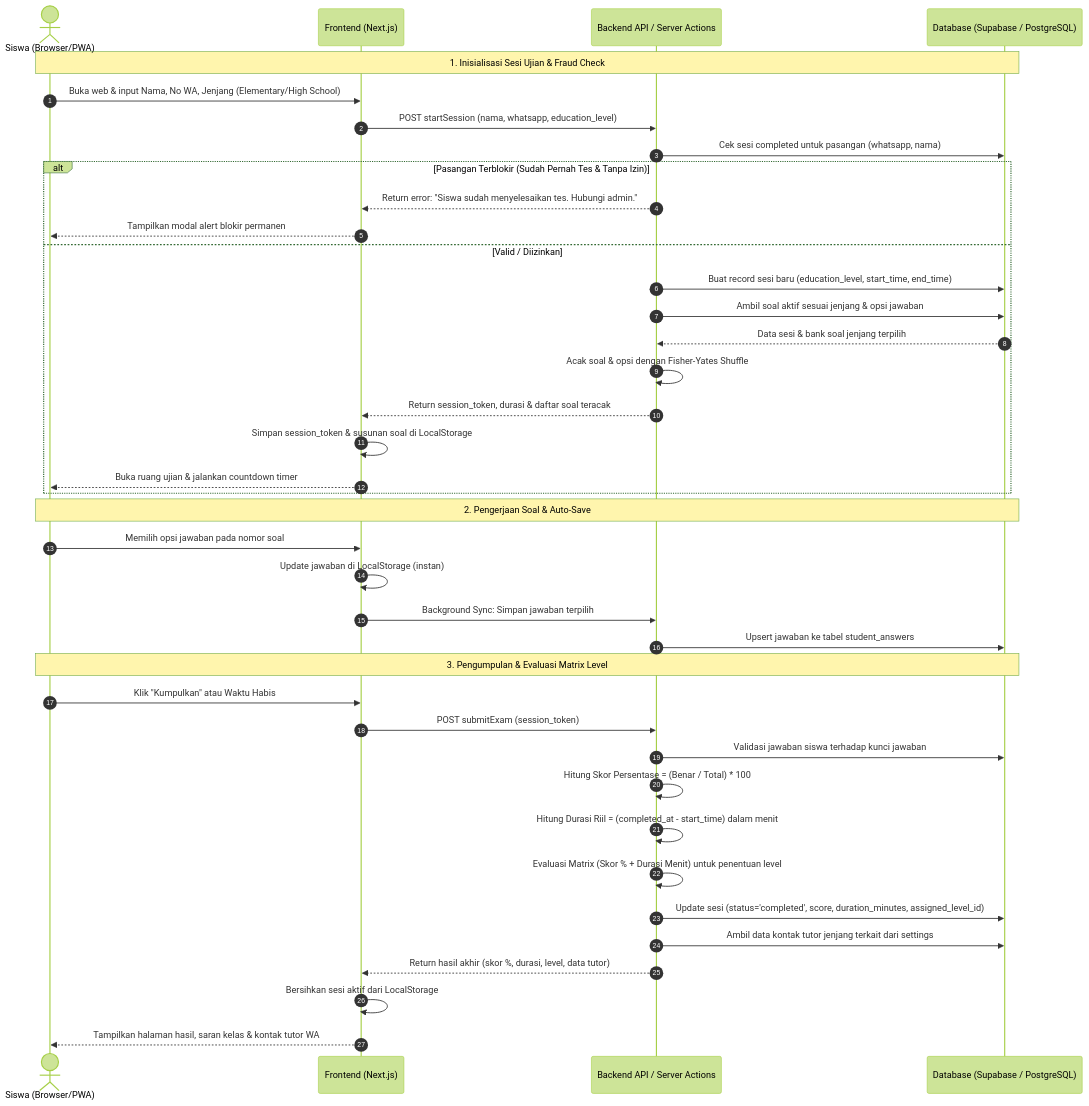
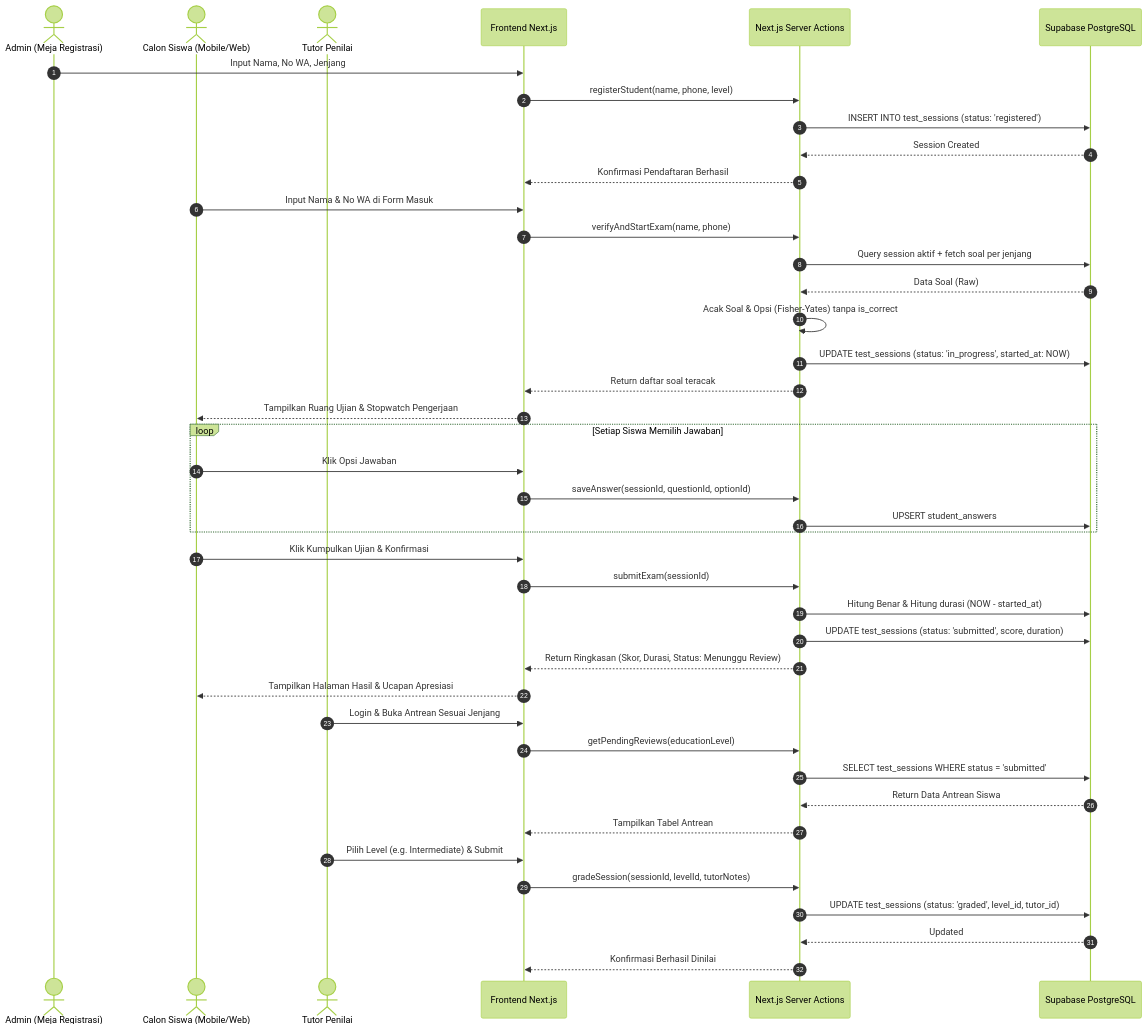
One commit to septianof/up-speaking changed the first of 2 diagrams in PRD.md. Above: the diagram before and after it, drawn with Mermaid (forest theme). The commit also changed other lines of this file and 3 other files, not shown here.

Commit message:
docs: perbarui prd, ui flow, task breakdown, dan agents sesuai arsitektur baru

````diff
--- a/PRD.md
+++ b/PRD.md
@@ -126,44 +152,53 @@
 ```mermaid
 sequenceDiagram
     autonumber
-    actor Siswa as Siswa (Browser/PWA)
-    participant FE as Frontend (Next.js)
-    participant BE as Backend API / Server Actions
-    participant DB as Database (Supabase / PostgreSQL)
+    actor Admin as Admin (Meja Registrasi)
+    actor Siswa as Calon Siswa (Mobile/Web)
+    actor Tutor as Tutor Penilai
+    participant Web as Frontend Next.js
+    participant Server as Next.js Server Actions
+    participant DB as Supabase PostgreSQL
 
-    Note over Siswa,DB: 1. Inisialisasi Sesi Ujian & Fraud Check
-    Siswa->>FE: Buka web & input Nama, No WA, Jenjang (Elementary/High School)
-    FE->>BE: POST startSession (nama, whatsapp, education_level)
-    BE->>DB: Cek sesi completed untuk pasangan (whatsapp, nama)
-    alt Pasangan Terblokir (Sudah Pernah Tes & Tanpa Izin)
-        BE-->>FE: Return error: "Siswa sudah menyelesaikan tes. Hubungi admin."
-        FE-->>Siswa: Tampilkan modal alert blokir permanen
-    else Valid / Diizinkan
-        BE->>DB: Buat record sesi baru (education_level, start_time, end_time)
-        BE->>DB: Ambil soal aktif sesuai jenjang & opsi jawaban
-        DB-->>BE: Data sesi & bank soal jenjang terpilih
-        BE->>BE: Acak soal & opsi dengan Fisher-Yates Shuffle
-        BE-->>FE: Return session_token, durasi & daftar soal teracak
-        FE->>FE: Simpan session_token & susunan soal di LocalStorage
-        FE-->>Siswa: Buka ruang ujian & jalankan countdown timer
+    %% 1. Registrasi
+    Admin->>Web: Input Nama, No WA, Jenjang
+    Web->>Server: registerStudent(name, phone, level)
+    Server->>DB: INSERT INTO test_sessions (status: 'registered')
+    DB-->>Server: Session Created
+    Server-->>Web: Konfirmasi Pendaftaran Berhasil
+
+    %% 2. Ujian Siswa
+    Siswa->>Web: Input Nama & No WA di Form Masuk
+    Web->>Server: verifyAndStartExam(name, phone)
+    Server->>DB: Query session aktif + fetch soal per jenjang
+    DB-->>Server: Data Soal (Raw)
+    Server->>Server: Acak Soal & Opsi (Fisher-Yates) tanpa is_correct
+    Server->>DB: UPDATE test_sessions (status: 'in_progress', started_at: NOW)
+    Server-->>Web: Return daftar soal teracak
+    Web-->>Siswa: Tampilkan Ruang Ujian & Stopwatch Pengerjaan
+
+    loop Setiap Siswa Memilih Jawaban
+        Siswa->>Web: Klik Opsi Jawaban
+        Web->>Server: saveAnswer(sessionId, questionId, optionId)
+        Server->>DB: UPSERT student_answers
     end
 
-    Note over Siswa,DB: 2. Pengerjaan Soal & Auto-Save
-    Siswa->>FE: Memilih opsi jawaban pada nomor soal
-    FE->>FE: Update jawaban di LocalStorage (instan)
-    FE->>BE: Background Sync: Simpan jawaban terpilih
-    BE->>DB: Upsert jawaban ke tabel student_answers
+    %% 3. Pengumpulan
+    Siswa->>Web: Klik Kumpulkan Ujian & Konfirmasi
+    Web->>Server: submitExam(sessionId)
+    Server->>DB: Hitung Benar & Hitung durasi (NOW - started_at)
+    Server->>DB: UPDATE test_sessions (status: 'submitted', score, duration)
+    Server-->>Web: Return Ringkasan (Skor, Durasi, Status: Menunggu Review)
+    Web-->>Siswa: Tampilkan Halaman Hasil & Ucapan Apresiasi
 
-    Note over Siswa,DB: 3. Pengumpulan & Evaluasi Matrix Level
-    Siswa->>FE: Klik "Kumpulkan" atau Waktu Habis
-    FE->>BE: POST submitExam (session_token)
-    BE->>DB: Validasi jawaban siswa terhadap kunci jawaban
-    BE->>BE: Hitung Skor Persentase = (Benar / Total) * 100
-    BE->>BE: Hitung Durasi Riil = (completed_at - start_time) dalam menit
-    BE->>BE: Evaluasi Matrix (Skor % + Durasi Menit) untuk penentuan level
-    BE->>DB: Update sesi (status='completed', score, duration_minutes, assigned_level_id)
-    BE->>DB: Ambil data kontak tutor jenjang terkait dari settings
-    BE-->>FE: Return hasil akhir (skor %, durasi, level, data tutor)
-    FE->>FE: Bersihkan sesi aktif dari LocalStorage
-    FE-->>Siswa: Tampilkan halaman hasil, saran kelas & kontak tutor WA
+    %% 4. Evaluasi Tutor
+    Tutor->>Web: Login & Buka Antrean Sesuai Jenjang
+    Web->>Server: getPendingReviews(educationLevel)
+    Server->>DB: SELECT test_sessions WHERE status = 'submitted'
+    DB-->>Server: Return Data Antrean Siswa
+    Server-->>Web: Tampilkan Tabel Antrean
+    Tutor->>Web: Pilih Level (e.g. Intermediate) & Submit
+    Web->>Server: gradeSession(sessionId, levelId, tutorNotes)
+    Server->>DB: UPDATE test_sessions (status: 'graded', level_id, tutor_id)
+    DB-->>Server: Updated
+    Server-->>Web: Konfirmasi Berhasil Dinilai
 ```
````
